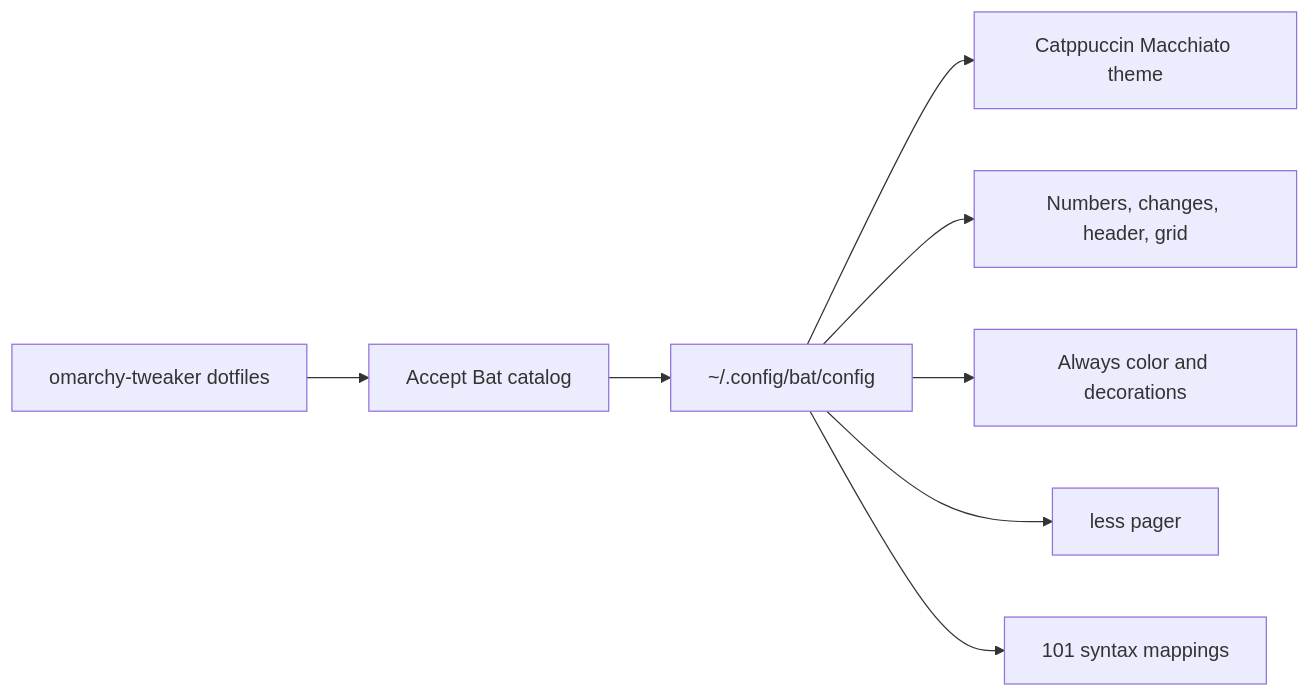
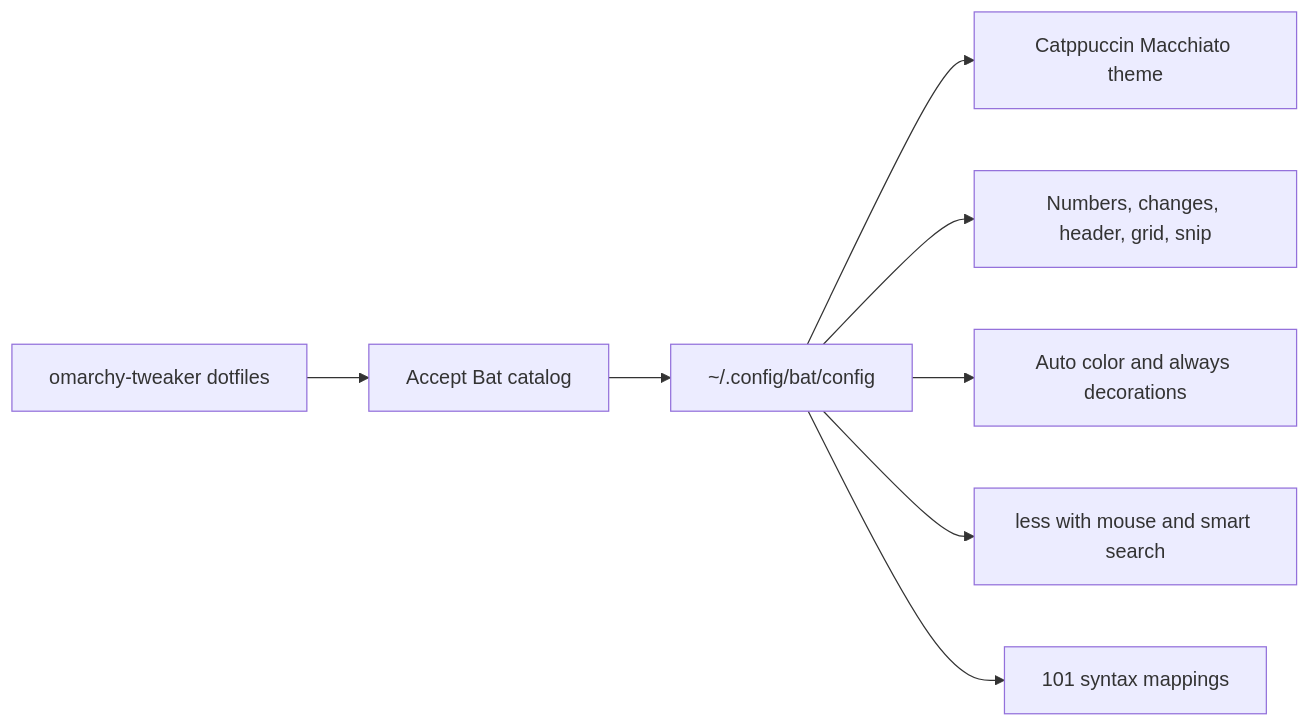
One commit to Armoghans-Organization/Omarchy-Tweaker changed the diagram in docs/bat.md. Above: the diagram before and after it, drawn with Mermaid. The commit also changed other lines of this file and 3 other files, not shown here.

````diff
--- a/docs/bat.md
+++ b/docs/bat.md
@@ -36,10 +38,10 @@
 ```mermaid
 flowchart LR
     A[omarchy-tweaker dotfiles] --> B[Accept Bat catalog]
     B --> C[~/.config/bat/config]
     C --> D[Catppuccin Macchiato theme]
-    C --> E[Numbers, changes, header, grid]
-    C --> F[Always color and decorations]
-    C --> G[less pager]
+    C --> E[Numbers, changes, header, grid, snip]
+    C --> F[Auto color and always decorations]
+    C --> G[less with mouse and smart search]
     C --> H[101 syntax mappings]
 ```
````
